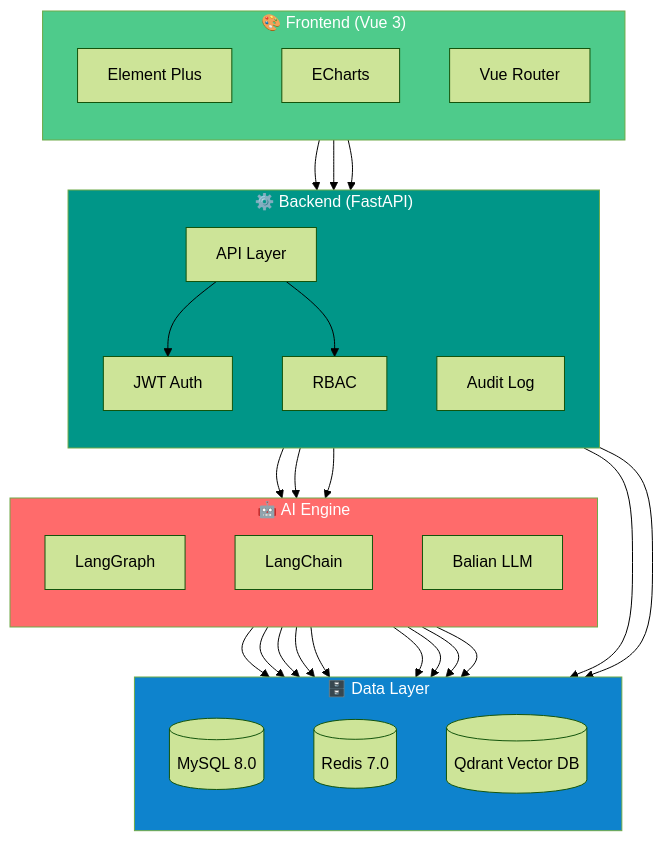
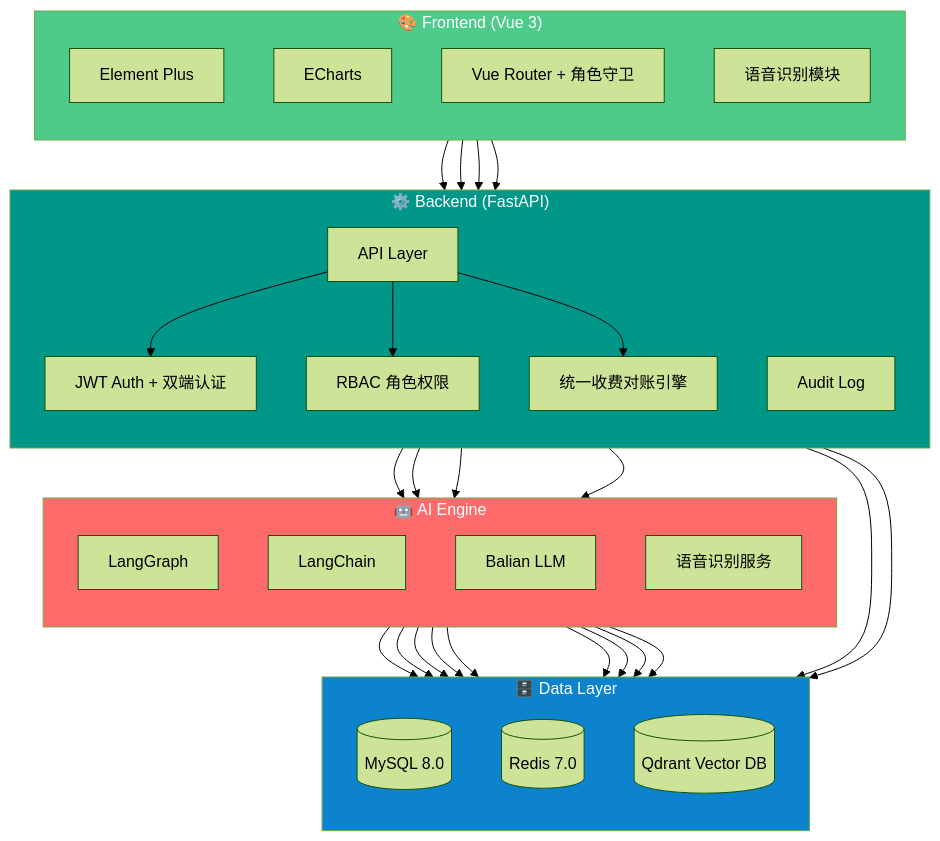
The diagram in README.md (An3035/his-system), drawn with Mermaid (forest theme) before and after one commit. The commit also changed other lines of this file, not shown here.

First line of the commit message:
Enhance README with dual portal and billing details

````diff
--- a/README.md
+++ b/README.md
@@ -105,42 +152,63 @@
 ```mermaid
 graph TB
     subgraph FE["🎨 Frontend (Vue 3)"]
         direction TB
         EP[Element Plus]
         EC[ECharts]
-        Router[Vue Router]
+        Router[Vue Router + 角色守卫]
+        Voice[语音识别模块]
     end
     
     subgraph BE["⚙️ Backend (FastAPI)"]
         direction TB
         API[API Layer]
-        Auth[JWT Auth]
-        RBAC[RBAC]
+        Auth[JWT Auth + 双端认证]
+        RBAC[RBAC 角色权限]
         Audit[Audit Log]
+        Billing[统一收费对账引擎]
     end
     
     subgraph AI["🤖 AI Engine"]
         direction TB
         LG[LangGraph]
         LC[LangChain]
         BA[Balian LLM]
+        ASR[语音识别服务]
     end
     
     subgraph DL["🗄️ Data Layer"]
         direction TB
         SQL[(MySQL 8.0)]
         RD[(Redis 7.0)]
         QD[(Qdrant Vector DB)]
     end
     
-    EP & EC & Router --> API
-    API --> Auth & RBAC
-    API --> LG & LC & BA
-    LG & LC & BA --> SQL & RD & QD
-    API --> SQL & RD
+    EP --> API
+    EC --> API
+    Router --> API
+    Voice --> API
+    API --> Auth
+    API --> RBAC
+    API --> Billing
+    API --> LG
+    API --> LC
+    API --> BA
+    API --> ASR
+    LG --> SQL
+    LG --> RD
+    LG --> QD
+    LC --> SQL
+    LC --> RD
+    LC --> QD
+    BA --> SQL
+    BA --> RD
+    BA --> QD
+    API --> SQL
+    API --> RD
+    
     
     style FE fill:#4ECB8B,color:#fff
     style BE fill:#009688,color:#fff
     style AI fill:#FF6B6B,color:#fff
     style DL fill:#0E83CD,color:#fff
 ```
````
